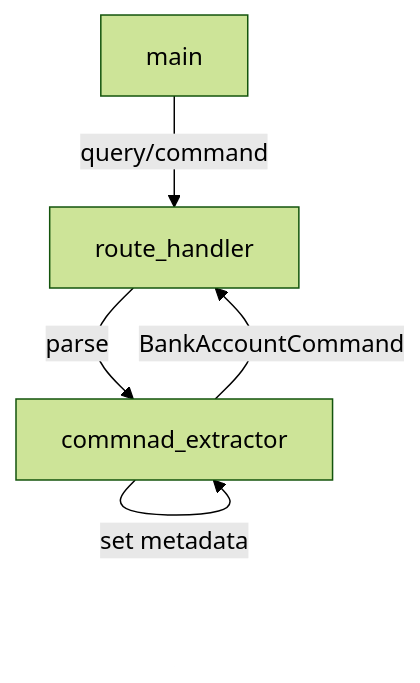
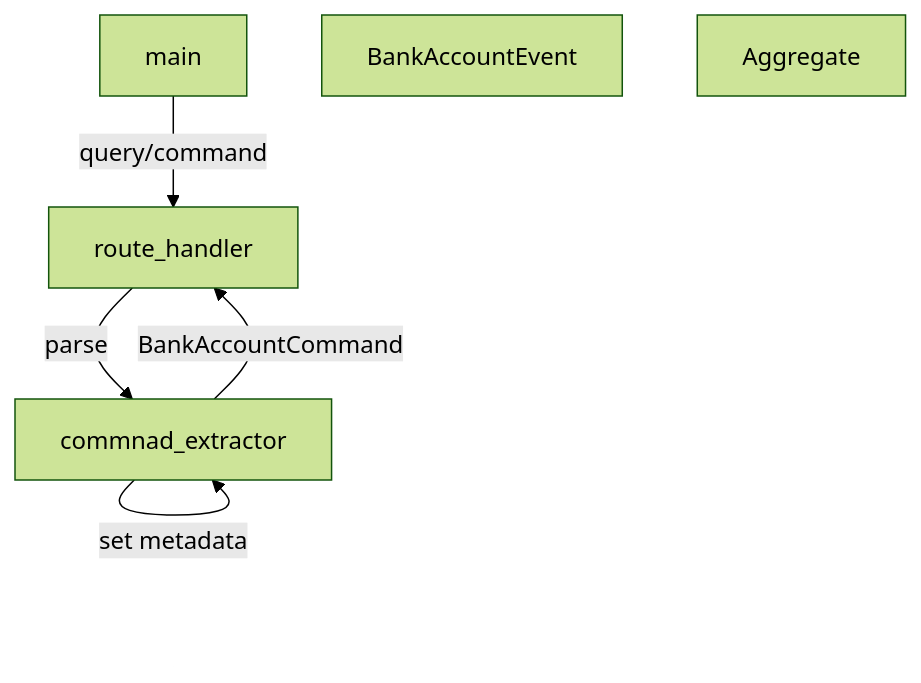
One commit to miyatama/learn_rust changed the third of 3 diagrams in projects/event_sourcing/README.md. Above: the diagram before and after it, drawn with Mermaid (forest theme).

Commit message:
aggregate + events

````diff
--- a/projects/event_sourcing/README.md
+++ b/projects/event_sourcing/README.md
@@ -54,12 +54,14 @@
 ```mermaid
 flowchart TB
 
   main[main]
   route_handler[route_handler]
   extractor[commnad_extractor]
+  events[BankAccountEvent]
+  aggregate[Aggregate]
 
   main -- query/command --> route_handler
   route_handler -- parse --> extractor
   extractor -- set metadata --> extractor
   extractor -- BankAccountCommand --> route_handler
 ```
````
